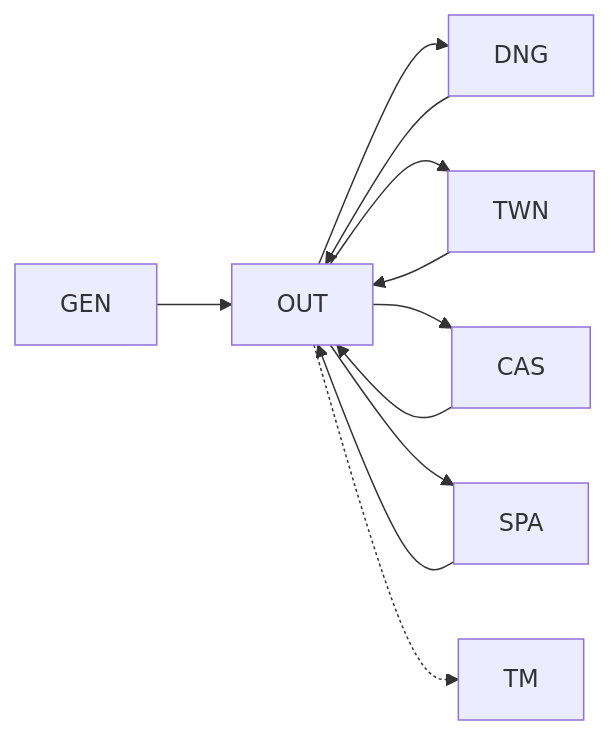
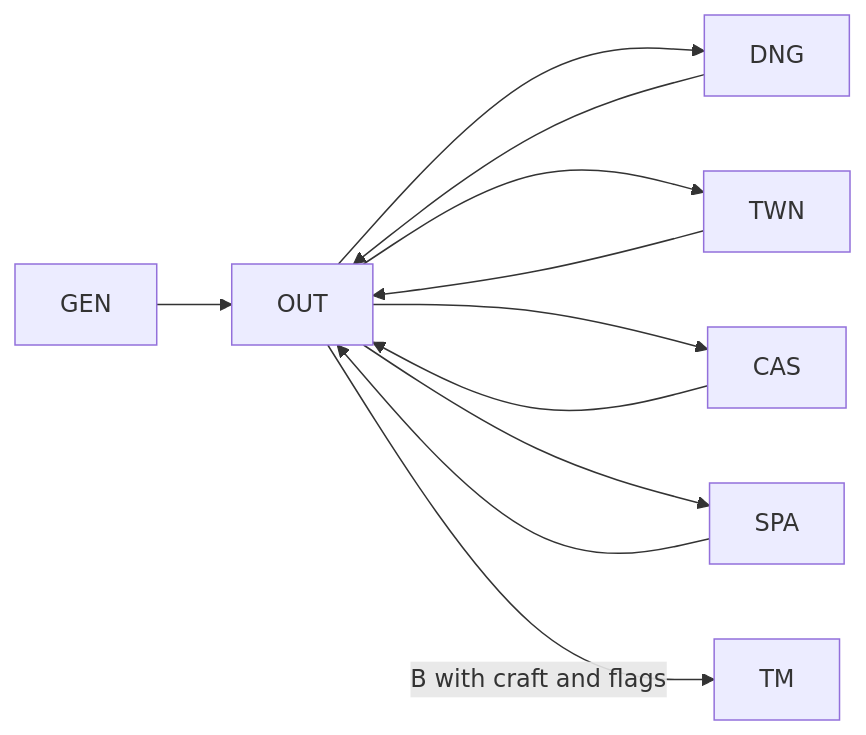
One commit to hongjuny/Ultima1_reveng changed the diagram in docs/game-structure.md. Above: the diagram before and after it, drawn with Mermaid. The commit also changed other lines of this file and 14 other files, not shown here.

````diff
--- a/docs/game-structure.md
+++ b/docs/game-structure.md
@@ -17,9 +17,9 @@
 ```mermaid
 flowchart LR
   GEN --> OUT
   OUT --> DNG --> OUT
   OUT --> TWN --> OUT
   OUT --> CAS --> OUT
   OUT --> SPA --> OUT
-  OUT -.-> TM
+  OUT -->|B with craft and flags| TM
 ```
````
